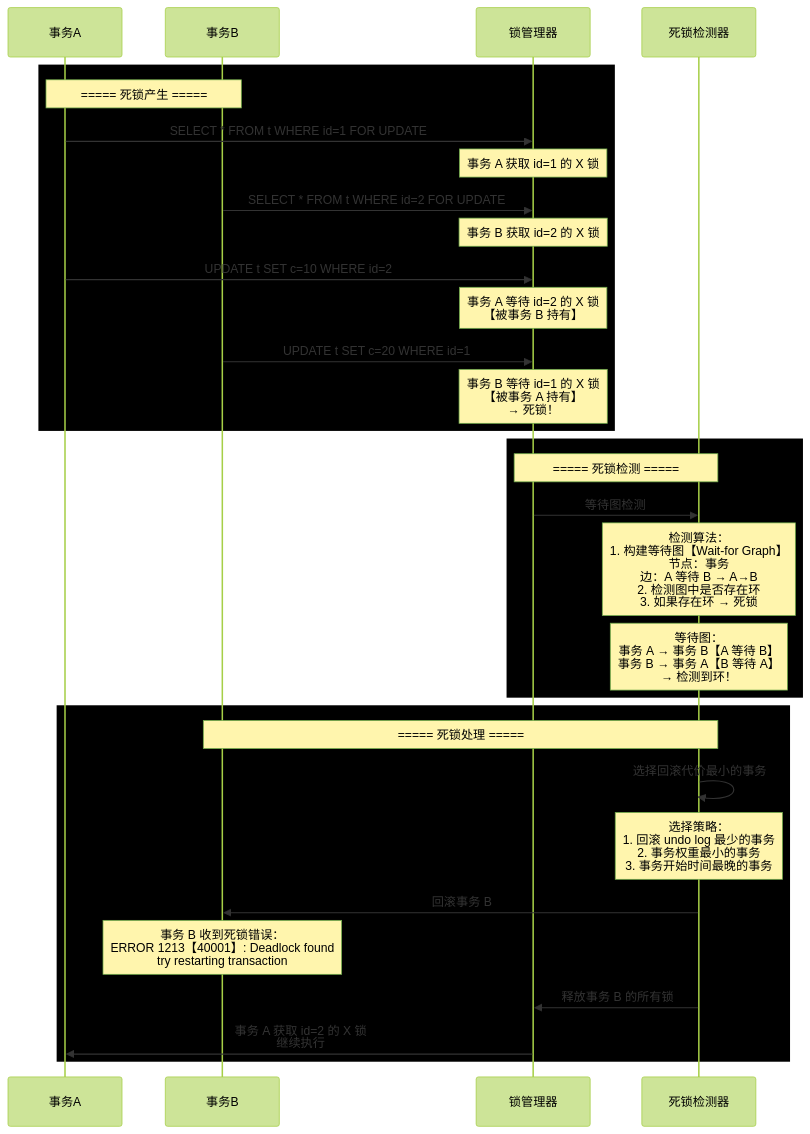
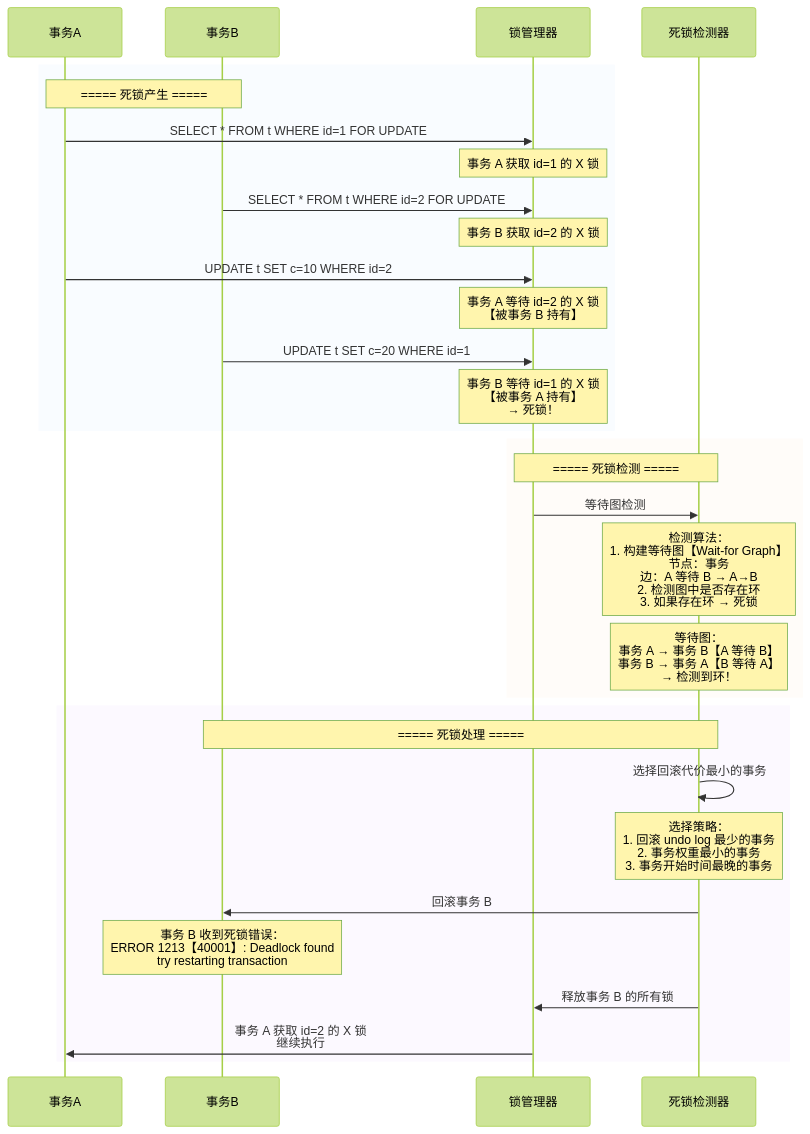
Before and after one commit to AH23333/Blog: diagram 27 of 50 in src/content/philes/volume-1/Java-Backend/MySQL深度解析.md, drawn with Mermaid (forest theme). The commit also changed other lines of this file and 17 other files, not shown here.

Commit message:
修复所有已知bug（mermaid渲染、表格识别），添加错误总结经验，暂时保留测试文件，准备考虑优化性能与重构

````diff
--- a/src/content/philes/volume-1/Java-Backend/MySQL深度解析.md
+++ b/src/content/philes/volume-1/Java-Backend/MySQL深度解析.md
@@ -1077,39 +1077,39 @@
 ```mermaid
 sequenceDiagram
     participant A as 事务A
     participant B as 事务B
     participant LOCK as 锁管理器
     participant DEADLOCK as 死锁检测器
 
-    rect rgba【240, 248, 255, 0.4】
+    rect rgba(240, 248, 255, 0.4)
     Note over A,B: ===== 死锁产生 =====
     A->>LOCK: SELECT * FROM t WHERE id=1 FOR UPDATE
     Note over LOCK: 事务 A 获取 id=1 的 X 锁
 
     B->>LOCK: SELECT * FROM t WHERE id=2 FOR UPDATE
     Note over LOCK: 事务 B 获取 id=2 的 X 锁
 
     A->>LOCK: UPDATE t SET c=10 WHERE id=2
     Note over LOCK: 事务 A 等待 id=2 的 X 锁<br/>【被事务 B 持有】
 
     B->>LOCK: UPDATE t SET c=20 WHERE id=1
     Note over LOCK: 事务 B 等待 id=1 的 X 锁<br/>【被事务 A 持有】<br/>→ 死锁！
     end
 
-    rect rgba【255, 248, 240, 0.4】
+    rect rgba(255, 248, 240, 0.4)
     Note over LOCK,DEADLOCK: ===== 死锁检测 =====
     LOCK->>DEADLOCK: 等待图检测
     Note over DEADLOCK: 检测算法：<br/>1. 构建等待图【Wait-for Graph】<br/>   节点：事务<br/>   边：A 等待 B → A→B<br/>2. 检测图中是否存在环<br/>3. 如果存在环 → 死锁
     Note over DEADLOCK: 等待图：<br/>事务 A → 事务 B【A 等待 B】<br/>事务 B → 事务 A【B 等待 A】<br/>→ 检测到环！
     end
 
-    rect rgba【248, 240, 255, 0.4】
+    rect rgba(248, 240, 255, 0.4)
     Note over DEADLOCK,B: ===== 死锁处理 =====
     DEADLOCK->>DEADLOCK: 选择回滚代价最小的事务
     Note over DEADLOCK: 选择策略：<br/>1. 回滚 undo log 最少的事务<br/>2. 事务权重最小的事务<br/>3. 事务开始时间最晚的事务
     DEADLOCK->>B: 回滚事务 B
     Note over B: 事务 B 收到死锁错误：<br/>ERROR 1213【40001】: Deadlock found<br/>try restarting transaction
     DEADLOCK->>LOCK: 释放事务 B 的所有锁
     LOCK->>A: 事务 A 获取 id=2 的 X 锁<br/>继续执行
     end
 ```
````
